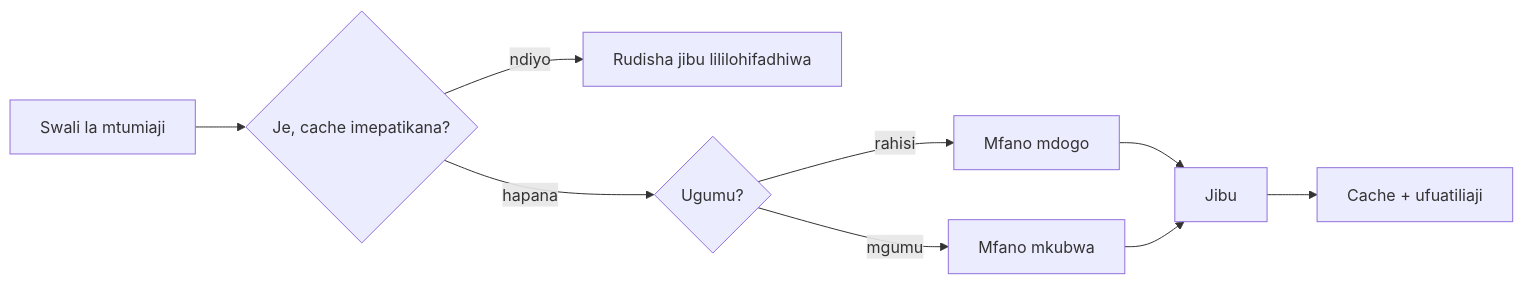
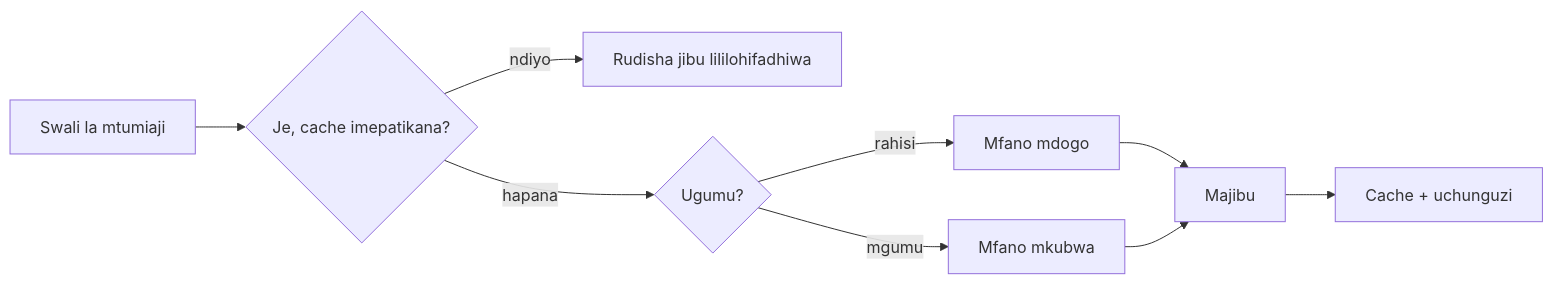
One commit to microsoft/ai-agents-for-beginners changed the third of 4 diagrams in translations/sw/16-deploying-scalable-agents/README.md. Above: the diagram before and after it, drawn with Mermaid. The commit also changed other lines of this file and 47 other files, not shown here.

````diff
--- a/translations/sw/16-deploying-scalable-agents/README.md
+++ b/translations/sw/16-deploying-scalable-agents/README.md
@@ -134,11 +134,11 @@
 ```mermaid
 flowchart LR
     Q[Swali la mtumiaji] --> C{Je, cache imepatikana?}
     C -->|ndiyo| R[Rudisha jibu lililohifadhiwa]
     C -->|hapana| Router{Ugumu?}
     Router -->|rahisi| SLM[Mfano mdogo]
     Router -->|mgumu| LLM[Mfano mkubwa]
-    SLM --> Out[Jibu]
+    SLM --> Out[Majibu]
     LLM --> Out
-    Out --> Store[Cache + ufuatiliaji]
+    Out --> Store[Cache + uchunguzi]
 ```
````
